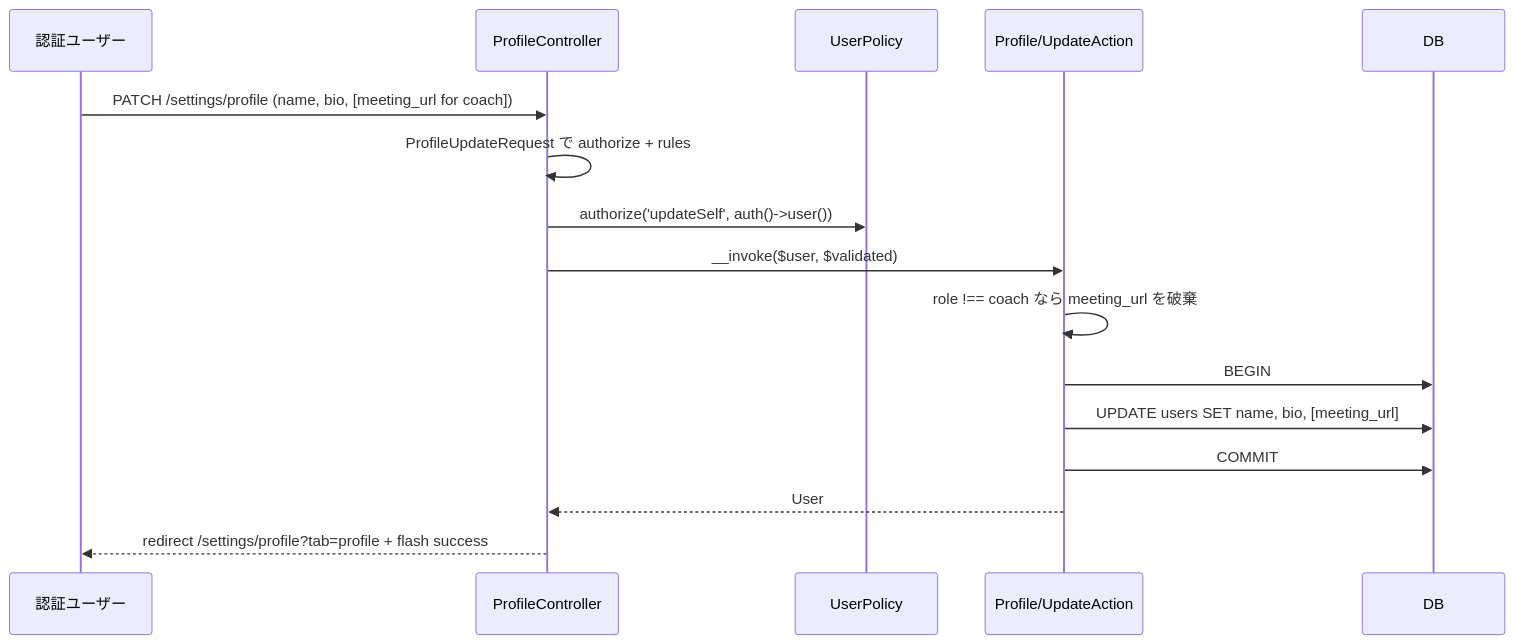
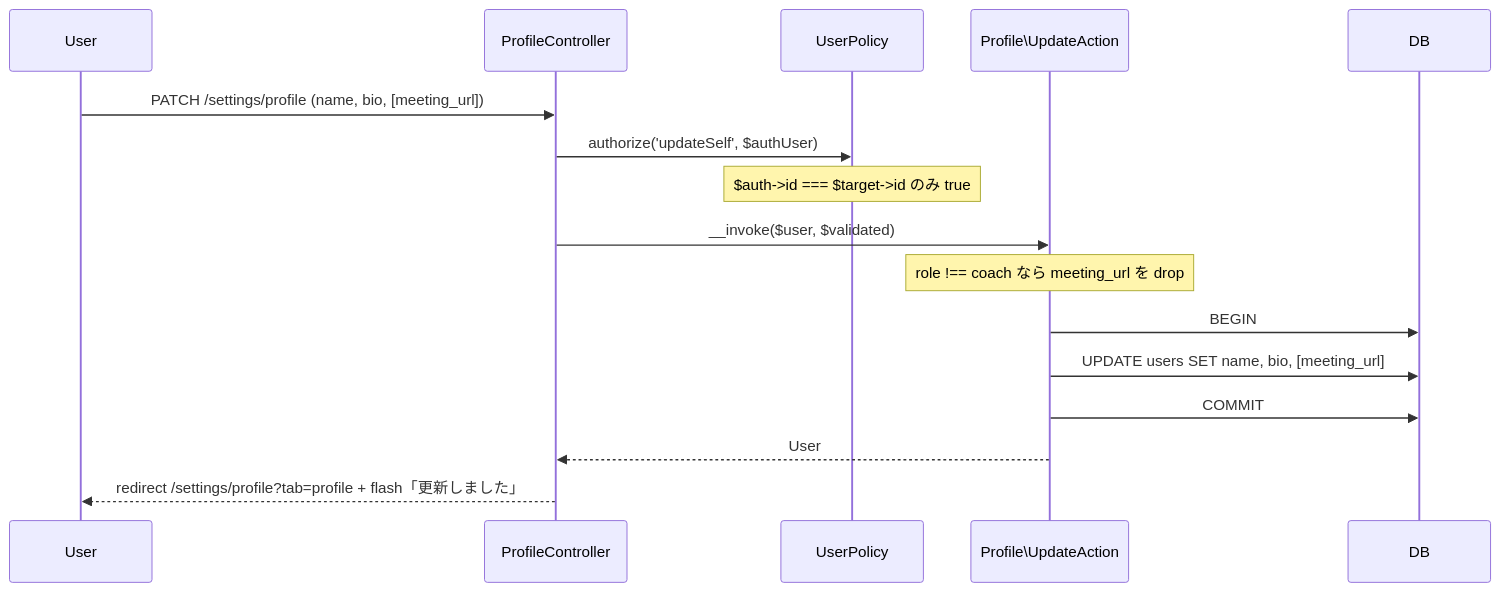
One commit to coachtech-mockcase-second/ExampleAnswer-mockcase-CertifyLMS changed the first of 3 diagrams in docs/specs/settings-profile/design.md. Above: the diagram before and after it, drawn with Mermaid. The commit also changed other lines of this file and 67 other files, not shown here.

````diff
--- a/docs/specs/settings-profile/design.md
+++ b/docs/specs/settings-profile/design.md
@@ -13,19 +19,19 @@
 ```mermaid
 sequenceDiagram
-    participant U as 認証ユーザー
+    participant User
     participant PC as ProfileController
     participant Pol as UserPolicy
-    participant UA as Profile/UpdateAction
+    participant UPA as Profile\UpdateAction
     participant DB as DB
 
-    U->>PC: PATCH /settings/profile (name, bio, [meeting_url for coach])
-    PC->>PC: ProfileUpdateRequest で authorize + rules
-    PC->>Pol: authorize('updateSelf', auth()->user())
-    PC->>UA: __invoke($user, $validated)
-    UA->>UA: role !== coach なら meeting_url を破棄
-    UA->>DB: BEGIN
-    UA->>DB: UPDATE users SET name, bio, [meeting_url]
-    UA->>DB: COMMIT
-    UA-->>PC: User
-    PC-->>U: redirect /settings/profile?tab=profile + flash success
+    User->>PC: PATCH /settings/profile (name, bio, [meeting_url])
+    PC->>Pol: authorize('updateSelf', $authUser)
+    Note over Pol: $auth->id === $target->id のみ true
+    PC->>UPA: __invoke($user, $validated)
+    Note over UPA: role !== coach なら meeting_url を drop
+    UPA->>DB: BEGIN
+    UPA->>DB: UPDATE users SET name, bio, [meeting_url]
+    UPA->>DB: COMMIT
+    UPA-->>PC: User
+    PC-->>User: redirect /settings/profile?tab=profile + flash「更新しました」
 ```
````
